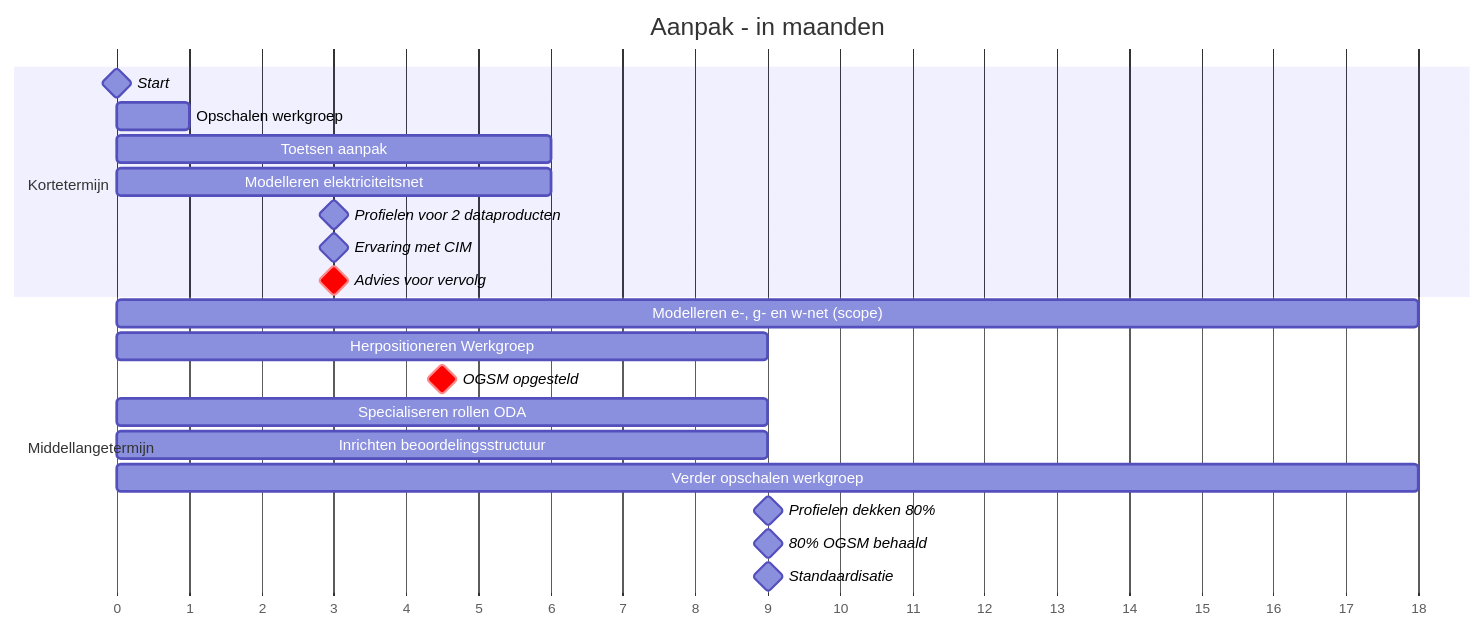
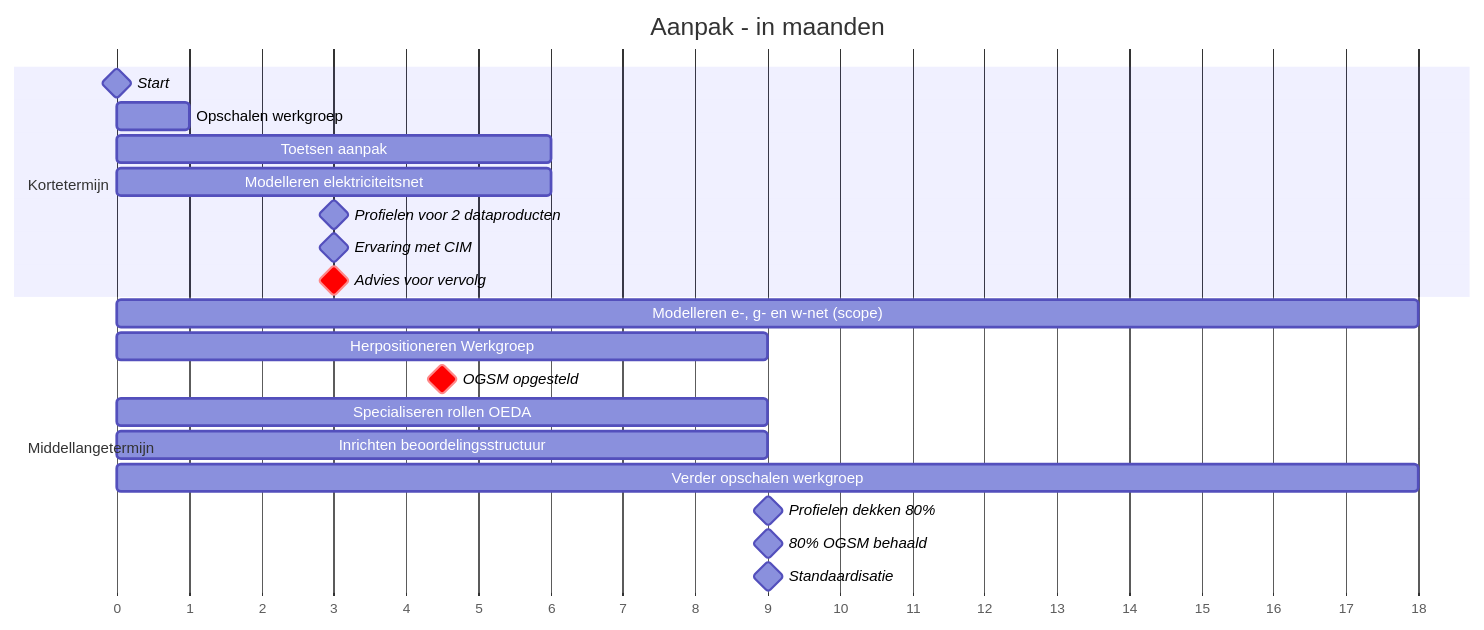
Before and after one commit to Netbeheer-Nederland/doc-design-wg-sem-int: the diagram in README.md, drawn with Mermaid. The commit also changed other lines of this file, not shown here.

Commit message:
Change "ODA" to "OEDA".

````diff
--- a/README.md
+++ b/README.md
@@ -214,24 +214,24 @@
 ```mermaid
 gantt
     title Aanpak - in maanden
     dateFormat X
     axisFormat %s
     section Kortetermijn
     Start: milestone, 0, 0
     Opschalen werkgroep: 0, 1
     Toetsen aanpak: 0, 6
     Modelleren elektriciteitsnet: 0, 6
     Profielen voor 2 dataproducten: milestone, 6, 6
     Ervaring met CIM: milestone, 6, 6
     Advies voor vervolg: crit, milestone, 6, 6
     section Middellangetermijn
     Modelleren e-, g- en w-net (scope): 6, 18
     Herpositioneren Werkgroep: 6, 9
     OGSM opgesteld: crit, milestone, 9, 9
-    Specialiseren rollen ODA: 6, 9
+    Specialiseren rollen OEDA: 6, 9
     Inrichten beoordelingsstructuur: 6, 9
     Verder opschalen werkgroep: 9, 18
     Profielen dekken 80%: milestone, 18, 18
     80% OGSM behaald: milestone, 18, 18
     Standaardisatie: milestone, 18, 18
 ```
````
